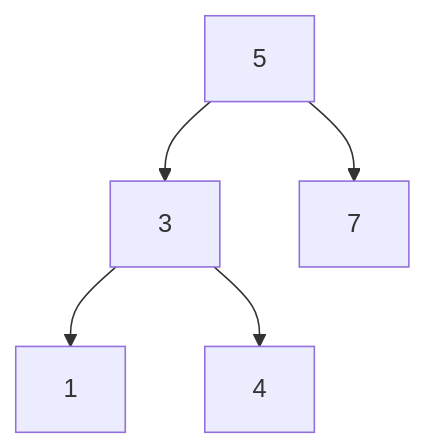
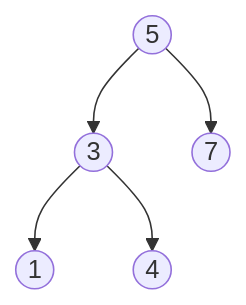
Before and after one commit to 1rv1nn/lab-discretas: the second of 2 diagrams in arbolesHaskell_6/README.md, drawn with Mermaid. The commit also changed other lines of this file, not shown here.

Commit message:
Docs: Change tree diagram layout to top-bottom
Updated tree diagrams in README to use top-bottom layout.

````diff
--- a/arbolesHaskell_6/README.md
+++ b/arbolesHaskell_6/README.md
@@ -40,7 +40,7 @@
 ``` mermaid
-	graph TD
-    5 --> 3
-	5 --> 7
-    3 --> 1
-    3 --> 4
+	graph TB
+    A((5))-->B((3))
+    A-->C((7))
+	B-->D((1))
+	B-->E((4))
 ```	
````
